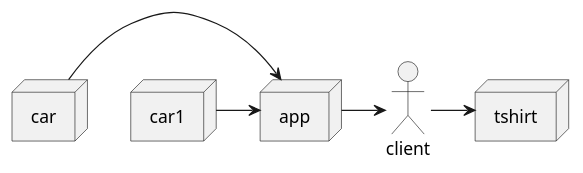
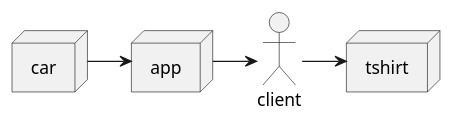
The diagram in 4.puml (mykolenkomitya/uml), drawn with PlantUML before and after one commit. The commit also changed 5 other files, not shown here.

```diff
--- a/4.puml
+++ b/4.puml
@@ -1,13 +1,11 @@
 @startuml
 actor client
 node app
 node car
-node car1
 node tshirt
 
 
 car -> app
-car1 -> app
 app -> client
 client -> tshirt
 @enduml
```
